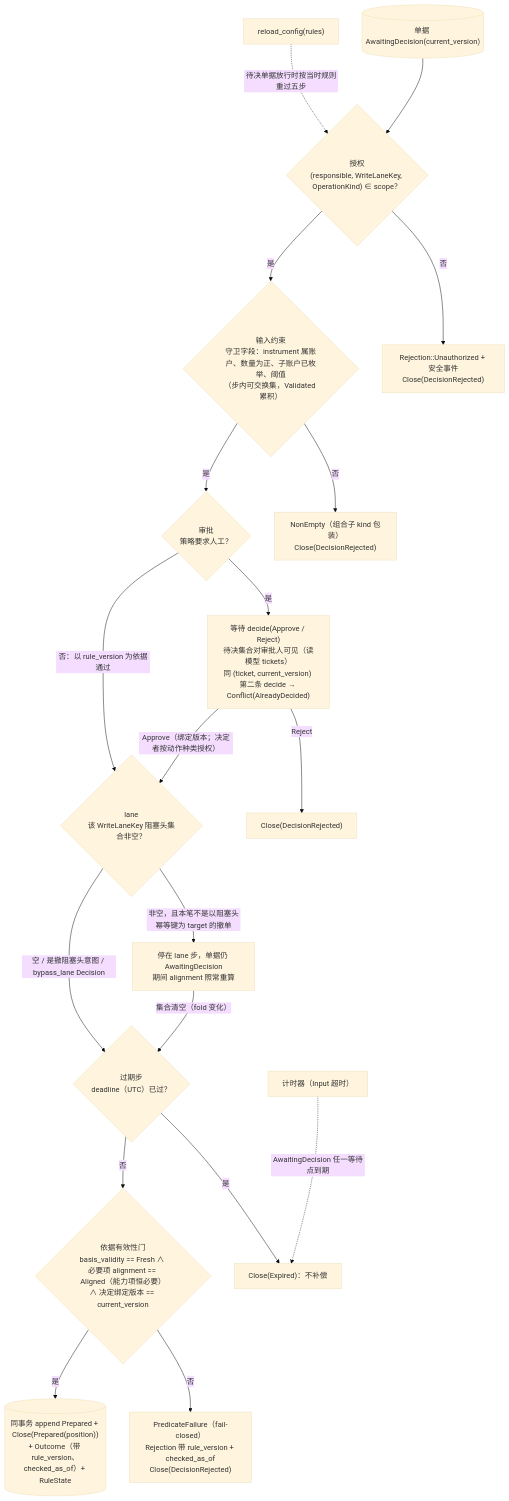
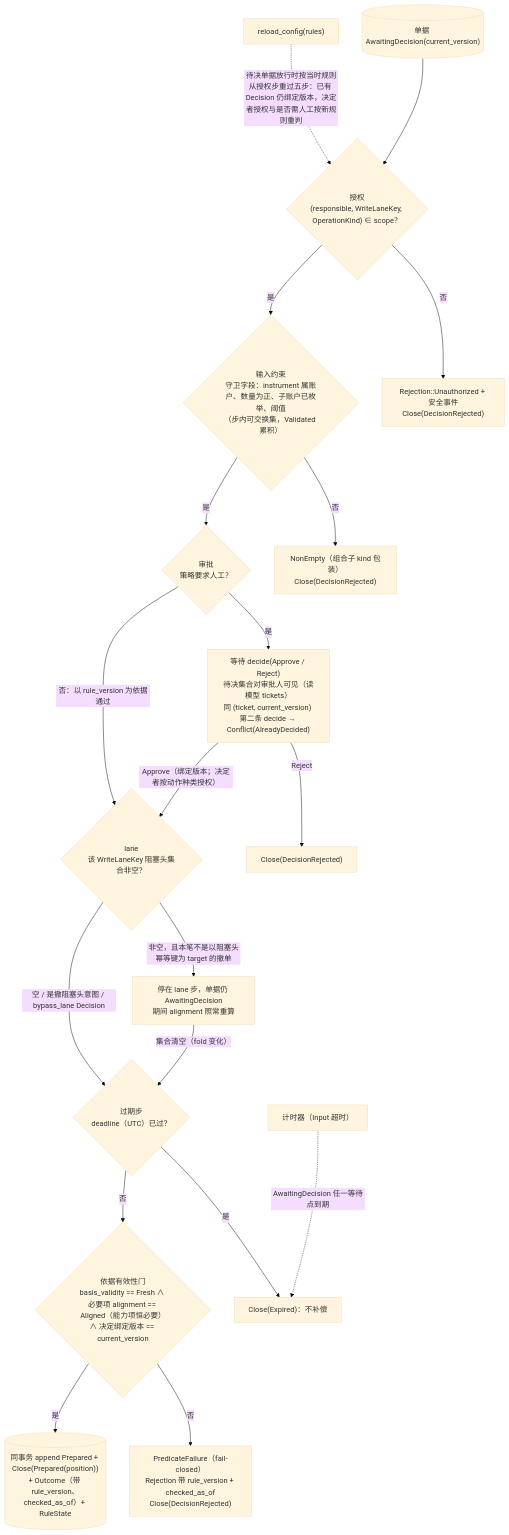
One commit to mouriya-s-lab/uta changed the third of 6 diagrams in design/diagrams/05-ticket-and-sts.md. Above: the diagram before and after it, drawn with Mermaid (base theme). The commit also changed 6 other files, not shown here.

````diff
--- a/design/diagrams/05-ticket-and-sts.md
+++ b/design/diagrams/05-ticket-and-sts.md
@@ -76,25 +76,25 @@
 ```mermaid
 flowchart TB
   IN[("单据 AwaitingDecision(current_version)")]
   IN --> A{"授权<br/>(responsible, WriteLaneKey, OperationKind) ∈ scope？"}
   A -->|"否"| RJ1["Rejection::Unauthorized + 安全事件<br/>Close(DecisionRejected)"]
   A -->|"是"| B{"输入约束<br/>守卫字段：instrument 属账户、数量为正、子账户已枚举、阈值<br/>（步内可交换集，Validated 累积）"}
   B -->|"否"| RJ2["NonEmpty<Rejection>（组合子 kind 包装）<br/>Close(DecisionRejected)"]
   B -->|"是"| C{"审批<br/>策略要求人工？"}
   C -->|"是"| WAITC["等待 decide(Approve / Reject)<br/>待决集合对审批人可见（读模型 tickets）<br/>同 (ticket, current_version) 第二条 decide → Conflict(AlreadyDecided)"]
   WAITC -->|"Reject"| RJ3["Close(DecisionRejected)"]
   WAITC -->|"Approve（绑定版本；决定者按动作种类授权）"| D
   C -->|"否：以 rule_version 为依据通过"| D
   D{"lane<br/>该 WriteLaneKey 阻塞头集合非空？"}
   D -->|"非空，且本笔不是以阻塞头幂等键为 target 的撤单"| WAITD["停在 lane 步，单据仍 AwaitingDecision<br/>期间 alignment 照常重算"]
   WAITD -->|"集合清空（fold 变化）"| E
   D -->|"空 / 是撤阻塞头意图 / bypass_lane Decision"| E
   E{"过期步<br/>deadline（UTC）已过？"}
   E -->|"是"| RJ5["Close(Expired)：不补偿"]
   E -->|"否"| G
   G{"依据有效性门<br/>basis_validity == Fresh ∧ 必要项 alignment == Aligned（能力项恒必要）∧ 决定绑定版本 == current_version"}
   G -->|"否"| RJ4["PredicateFailure（fail-closed）<br/>Rejection 带 rule_version + checked_as_of<br/>Close(DecisionRejected)"]
   G -->|"是"| OUT[("同事务 append Prepared + Close(Prepared(position))<br/>+ Outcome（带 rule_version、checked_as_of）+ RuleState")]
   TMR["计时器（Input 超时）"] -.->|"AwaitingDecision 任一等待点到期"| RJ5
-  RL["reload_config(rules)"] -.->|"待决单据放行时按当时规则重过五步"| A
+  RL["reload_config(rules)"] -.->|"待决单据放行时按当时规则从授权步重过五步：已有 Decision 仍绑定版本，决定者授权与是否需人工按新规则重判"| A
 ```
````
